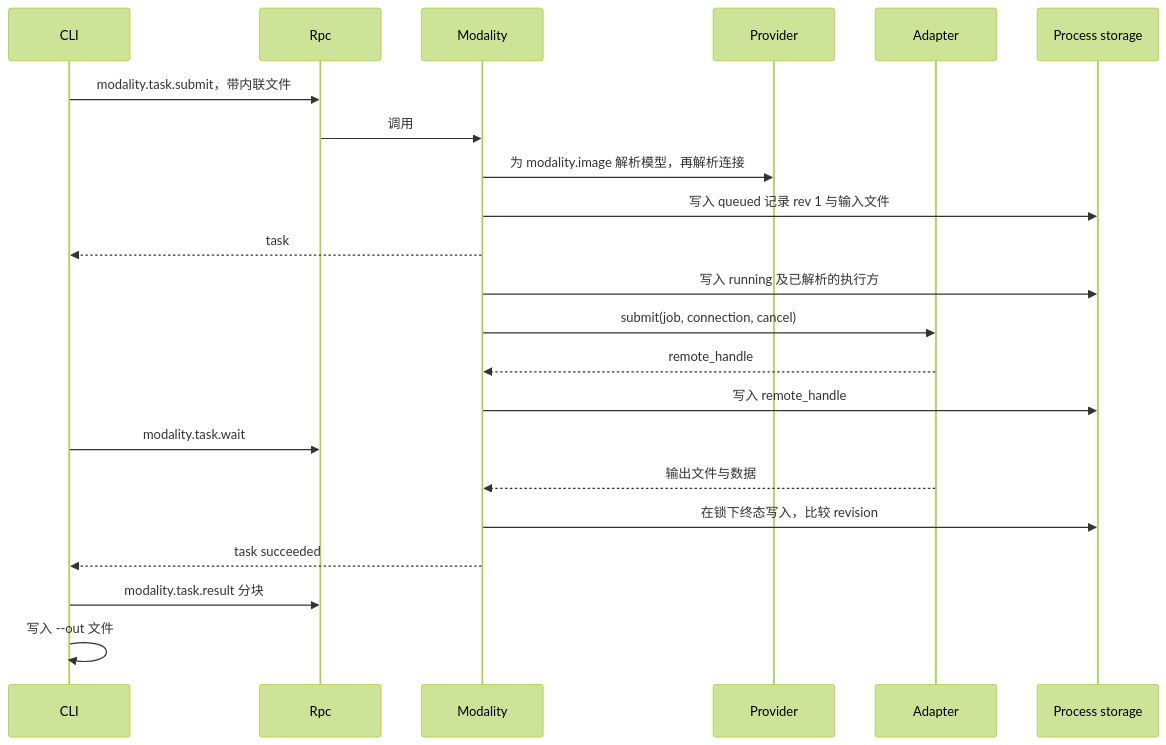
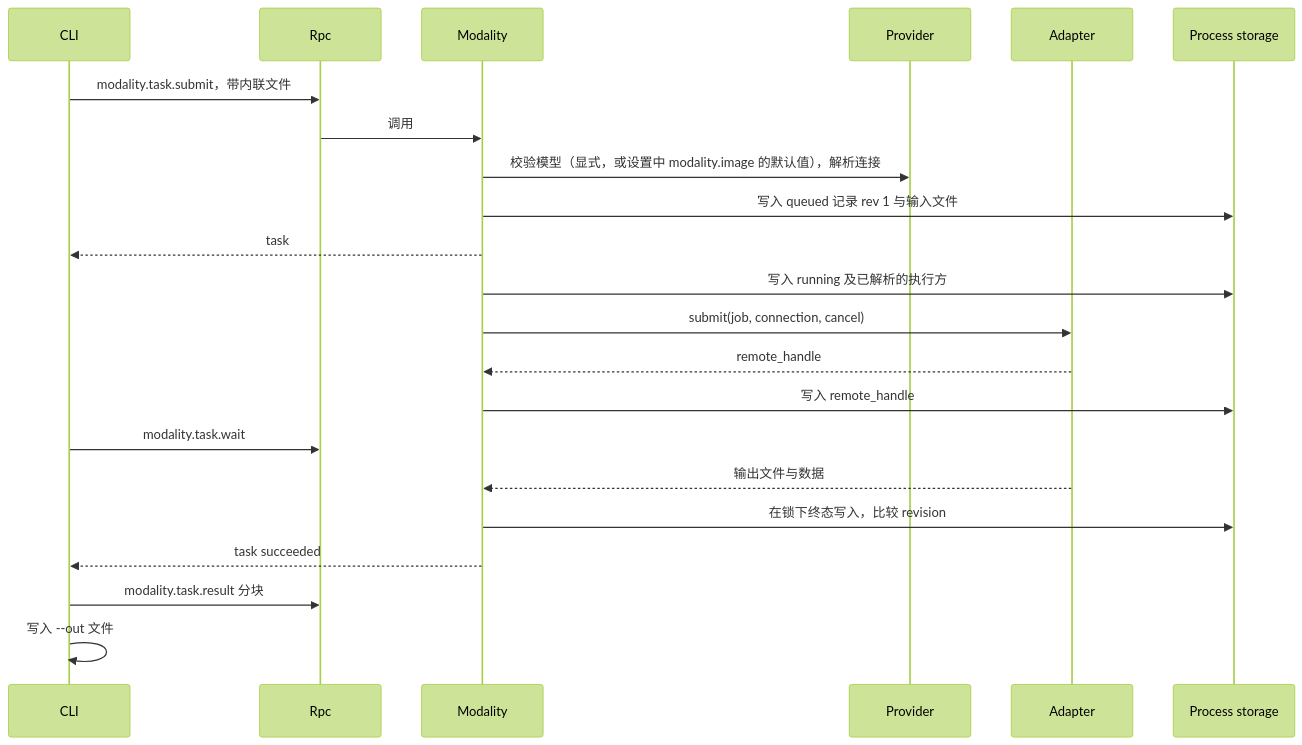
One commit to CoutinhoTTS/dim-agent changed the third of 6 diagrams in docs/zh/design/plugins/Modality.md. Above: the diagram before and after it, drawn with Mermaid (forest theme). The commit also changed other lines of this file and 14 other files, not shown here.

````diff
--- a/docs/zh/design/plugins/Modality.md
+++ b/docs/zh/design/plugins/Modality.md
@@ -84,24 +81,24 @@
 ```mermaid
 sequenceDiagram
   participant C as CLI
   participant R as Rpc
   participant D as Modality
   participant P as Provider
   participant A as Adapter
   participant S as Process storage
   C->>R: modality.task.submit，带内联文件
   R->>D: 调用
-  D->>P: 为 modality.image 解析模型，再解析连接
+  D->>P: 校验模型（显式，或设置中 modality.image 的默认值），解析连接
   D->>S: 写入 queued 记录 rev 1 与输入文件
   D-->>C: task
   D->>S: 写入 running 及已解析的执行方
   D->>A: submit(job, connection, cancel)
   A-->>D: remote_handle
   D->>S: 写入 remote_handle
   C->>R: modality.task.wait
   A-->>D: 输出文件与数据
   D->>S: 在锁下终态写入，比较 revision
   D-->>C: task succeeded
   C->>R: modality.task.result 分块
   C->>C: 写入 --out 文件
 ```
````
